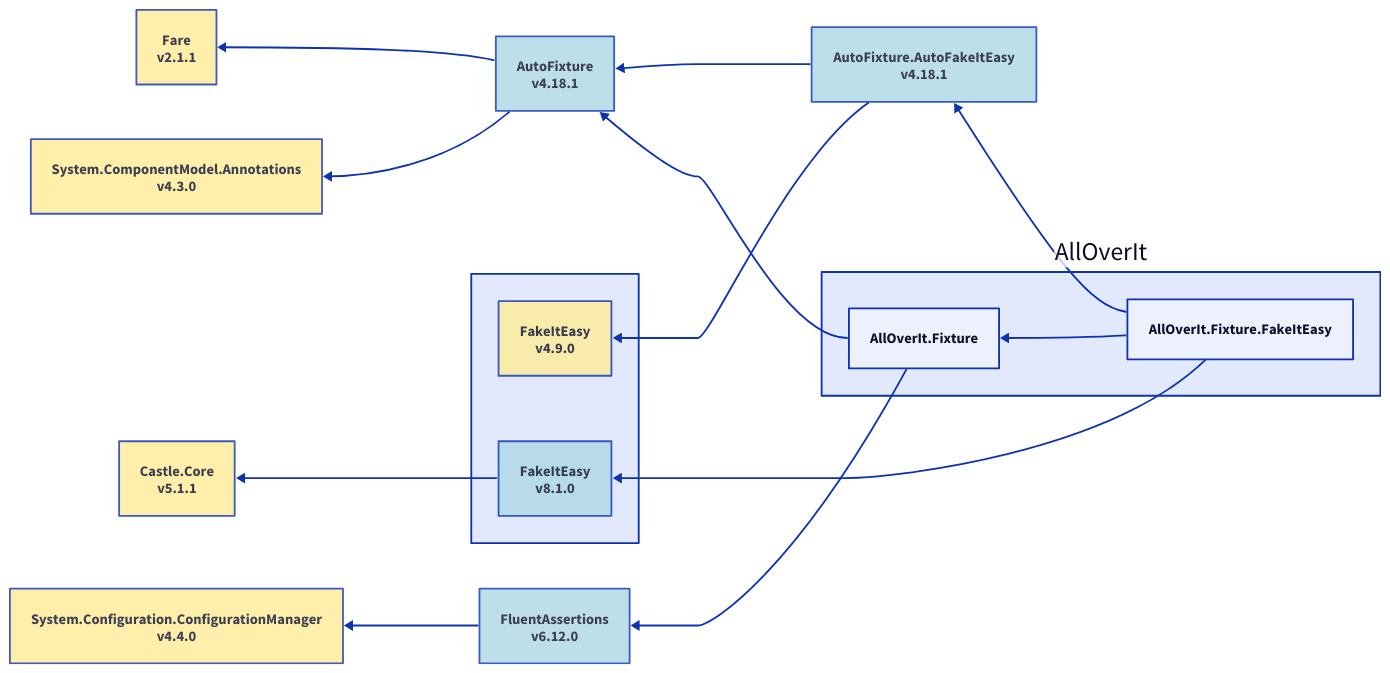
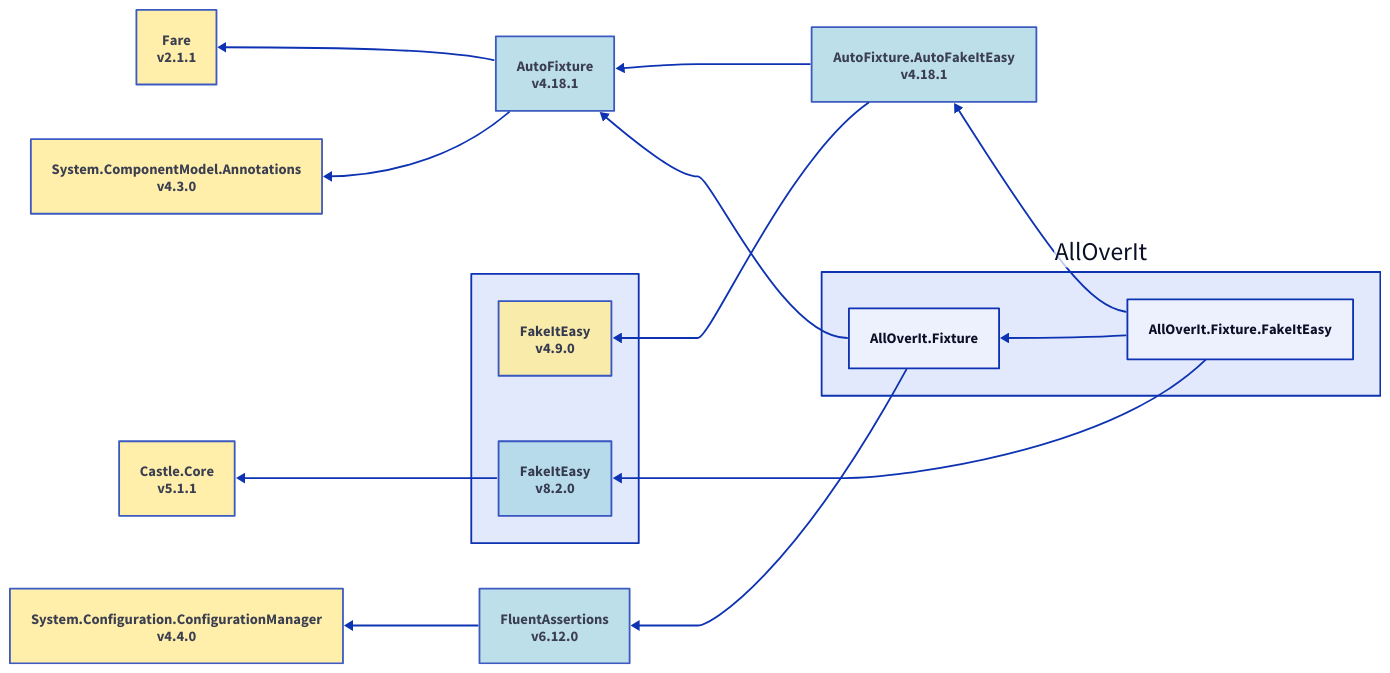
Before and after one commit to mjfreelancing/AllOverIt: the diagram in Docs/Reference/Content/images/dependencies/net8.0/alloverit-fixture-fakeiteasy.d2, drawn with D2. The commit also changed 1310 other files, not shown here.

```diff
--- a/Docs/Reference/Content/images/dependencies/net8.0/alloverit-fixture-fakeiteasy.d2
+++ b/Docs/Reference/Content/images/dependencies/net8.0/alloverit-fixture-fakeiteasy.d2
@@ -1,44 +1,44 @@
 direction: left
 
 aoi: AllOverIt
 aoi.alloverit-fixture-fakeiteasy: AllOverIt.Fixture.FakeItEasy
 autofixture-autofakeiteasy_4-18-1: AutoFixture.AutoFakeItEasy\nv4.18.1
 autofixture-autofakeiteasy_4-18-1.style.fill: "#ADD8E6"
 autofixture-autofakeiteasy_4-18-1.style.opacity: 0.8
 autofixture_4-18-1: AutoFixture\nv4.18.1
 autofixture_4-18-1.style.opacity: 0.8
 autofixture_4-18-1.style.fill: "#ADD8E6"
 autofixture_4-18-1 <- autofixture-autofakeiteasy_4-18-1
 fakeiteasy-group: ""
 fakeiteasy-group.fakeiteasy_4-9-0: FakeItEasy\nv4.9.0
 fakeiteasy-group.fakeiteasy_4-9-0.style.fill: "#FFEC96"
 fakeiteasy-group.fakeiteasy_4-9-0.style.opacity: 0.8
 fakeiteasy-group.fakeiteasy_4-9-0 <- autofixture-autofakeiteasy_4-18-1
 autofixture-autofakeiteasy_4-18-1 <- aoi.alloverit-fixture-fakeiteasy
-fakeiteasy-group.fakeiteasy_8-1-0: FakeItEasy\nv8.1.0
-fakeiteasy-group.fakeiteasy_8-1-0.style.fill: "#ADD8E6"
-fakeiteasy-group.fakeiteasy_8-1-0.style.opacity: 0.8
+fakeiteasy-group.fakeiteasy_8-2-0: FakeItEasy\nv8.2.0
+fakeiteasy-group.fakeiteasy_8-2-0.style.fill: "#ADD8E6"
+fakeiteasy-group.fakeiteasy_8-2-0.style.opacity: 0.8
 castle-core_5-1-1: Castle.Core\nv5.1.1
 castle-core_5-1-1.style.fill: "#FFEC96"
 castle-core_5-1-1.style.opacity: 0.8
-castle-core_5-1-1 <- fakeiteasy-group.fakeiteasy_8-1-0
-fakeiteasy-group.fakeiteasy_8-1-0 <- aoi.alloverit-fixture-fakeiteasy
+castle-core_5-1-1 <- fakeiteasy-group.fakeiteasy_8-2-0
+fakeiteasy-group.fakeiteasy_8-2-0 <- aoi.alloverit-fixture-fakeiteasy
 aoi.alloverit-fixture: AllOverIt.Fixture
 fare_2-1-1: Fare\nv2.1.1
 fare_2-1-1.style.fill: "#FFEC96"
 fare_2-1-1.style.opacity: 0.8
 fare_2-1-1 <- autofixture_4-18-1
 system-componentmodel-annotations_4-3-0: System.ComponentModel.Annotations\nv4.3.0
 system-componentmodel-annotations_4-3-0.style.fill: "#FFEC96"
 system-componentmodel-annotations_4-3-0.style.opacity: 0.8
 system-componentmodel-annotations_4-3-0 <- autofixture_4-18-1
 autofixture_4-18-1 <- aoi.alloverit-fixture
 fluentassertions_6-12-0: FluentAssertions\nv6.12.0
 fluentassertions_6-12-0.style.fill: "#ADD8E6"
 fluentassertions_6-12-0.style.opacity: 0.8
 system-configuration-configurationmanager_4-4-0: System.Configuration.ConfigurationManager\nv4.4.0
 system-configuration-configurationmanager_4-4-0.style.fill: "#FFEC96"
 system-configuration-configurationmanager_4-4-0.style.opacity: 0.8
 system-configuration-configurationmanager_4-4-0 <- fluentassertions_6-12-0
 fluentassertions_6-12-0 <- aoi.alloverit-fixture
 aoi.alloverit-fixture <- aoi.alloverit-fixture-fakeiteasy
```
